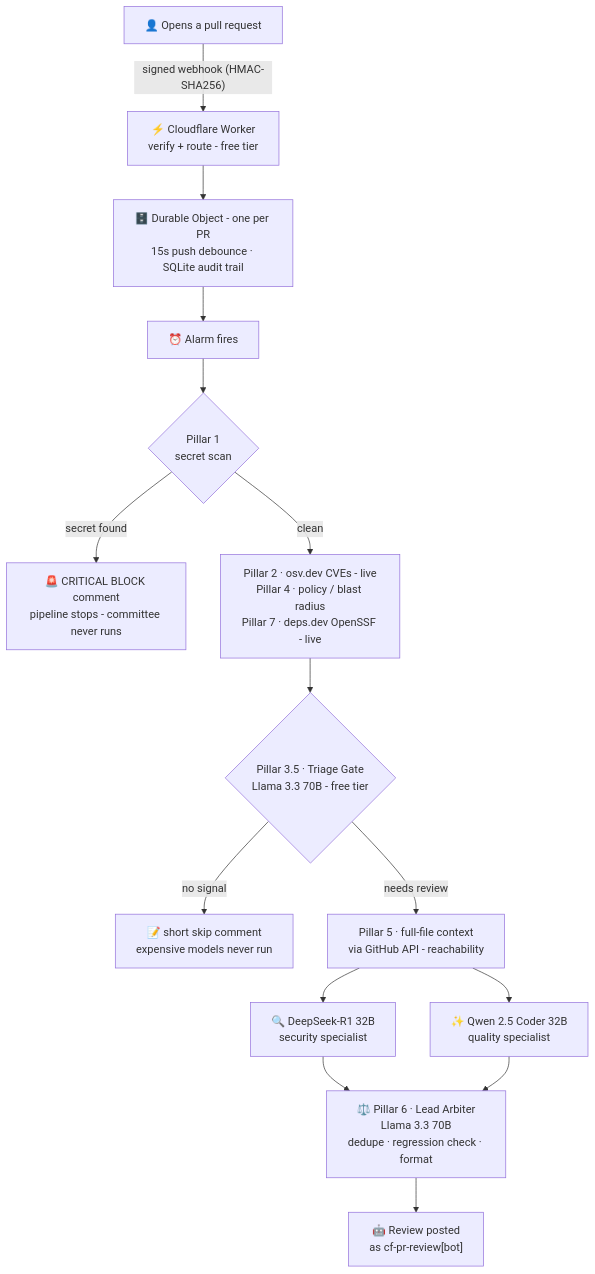
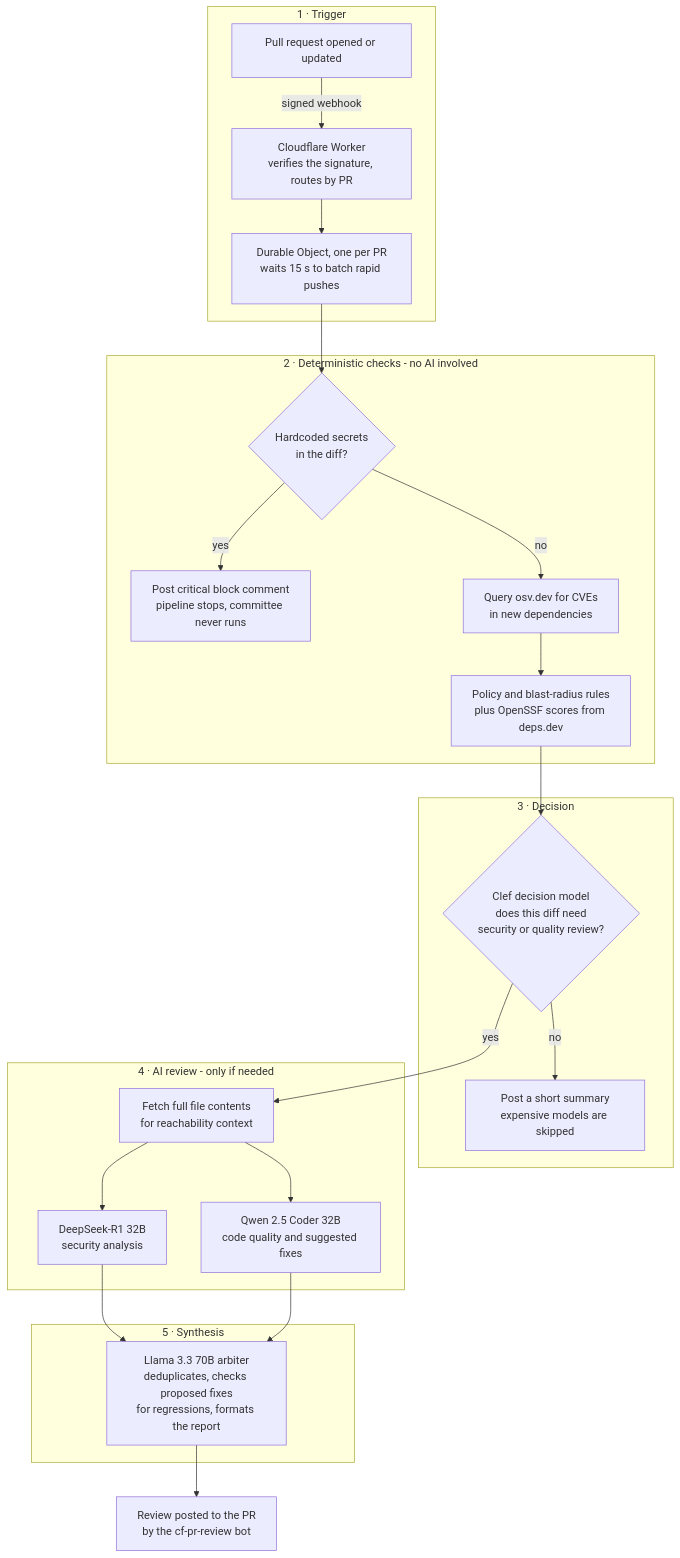
Before and after one commit to akshatdodhiya/ai-code-review-agent: the diagram in README.md, drawn with Mermaid. The commit also changed other lines of this file, not shown here.

````diff
--- a/README.md
+++ b/README.md
@@ -21,17 +29,32 @@
 ```mermaid
 flowchart TD
-    PR["👤 Opens a pull request"] -->|"signed webhook (HMAC-SHA256)"| WH["⚡ Cloudflare Worker<br/>verify + route - free tier"]
-    WH --> DO["🗄️ Durable Object - one per PR<br/>15s push debounce · SQLite audit trail"]
-    DO --> AL["⏰ Alarm fires"]
-    AL --> P1{"Pillar 1<br/>secret scan"}
-    P1 -->|"secret found"| BLOCK["🚨 CRITICAL BLOCK comment<br/>pipeline stops - committee never runs"]
-    P1 -->|"clean"| DET["Pillar 2 · osv.dev CVEs - live<br/>Pillar 4 · policy / blast radius<br/>Pillar 7 · deps.dev OpenSSF - live"]
-    DET --> T{"Pillar 3.5 · Triage Gate<br/>Llama 3.3 70B - free tier"}
-    T -->|"no signal"| SKIP["📝 short skip comment<br/>expensive models never run"]
-    T -->|"needs review"| CTX["Pillar 5 · full-file context<br/>via GitHub API - reachability"]
-    CTX --> S["🔍 DeepSeek-R1 32B<br/>security specialist"]
-    CTX --> Q["✨ Qwen 2.5 Coder 32B<br/>quality specialist"]
-    S --> ARB["⚖️ Pillar 6 · Lead Arbiter<br/>Llama 3.3 70B<br/>dedupe · regression check · format"]
-    Q --> ARB
-    ARB --> POST["🤖 Review posted<br/>as cf-pr-review[bot]"]
+    subgraph S1["1 · Trigger"]
+        PR[Pull request opened or updated] -->|signed webhook| WH[Cloudflare Worker<br/>verifies the signature, routes by PR]
+        WH --> DO[Durable Object, one per PR<br/>waits 15 s to batch rapid pushes]
+    end
+
+    subgraph S2["2 · Deterministic checks - no AI involved"]
+        DO --> SEC{Hardcoded secrets<br/>in the diff?}
+        SEC -->|yes| BLK[Post critical block comment<br/>pipeline stops, committee never runs]
+        SEC -->|no| OSV[Query osv.dev for CVEs<br/>in new dependencies]
+        OSV --> POL[Policy and blast-radius rules<br/>plus OpenSSF scores from deps.dev]
+    end
+
+    subgraph S3["3 · Decision"]
+        POL --> TRI{Clef decision model<br/>does this diff need<br/>security or quality review?}
+        TRI -->|no| SKIP[Post a short summary<br/>expensive models are skipped]
+    end
+
+    subgraph S4["4 · AI review - only if needed"]
+        TRI -->|yes| CTX[Fetch full file contents<br/>for reachability context]
+        CTX --> DSR[DeepSeek-R1 32B<br/>security analysis]
+        CTX --> QWC[Qwen 2.5 Coder 32B<br/>code quality and suggested fixes]
+    end
+
+    subgraph S5["5 · Synthesis"]
+        DSR --> ARB[Llama 3.3 70B arbiter<br/>deduplicates, checks proposed fixes<br/>for regressions, formats the report]
+        QWC --> ARB
+    end
+
+    ARB --> OUT[Review posted to the PR<br/>by the cf-pr-review bot]
 ```
````
